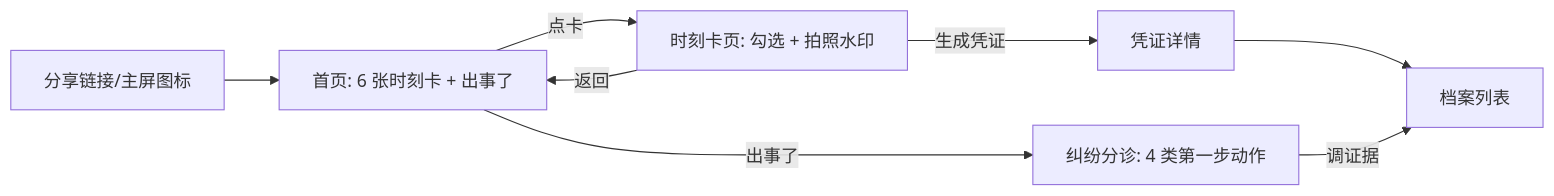
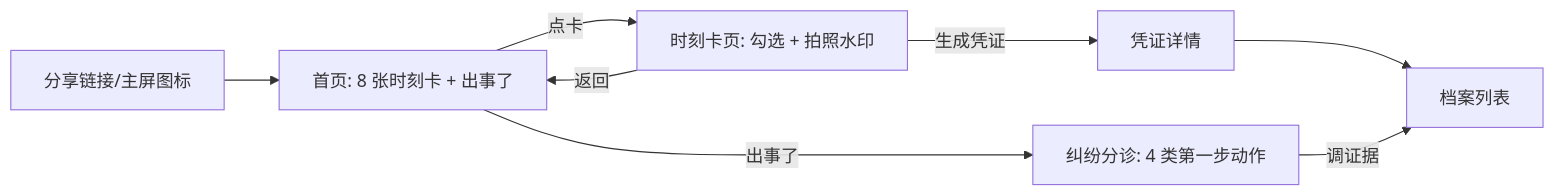
The first of 2 diagrams in docs/Memo_PRD_V0.1.md (55aaseclab/memo), drawn with Mermaid before and after one commit. The commit also changed other lines of this file and 2 other files, not shown here.

````diff
--- a/docs/Memo_PRD_V0.1.md
+++ b/docs/Memo_PRD_V0.1.md
@@ -65,10 +66,10 @@
 ```mermaid
 flowchart LR
-    A[分享链接/主屏图标] --> B[首页: 6 张时刻卡 + 出事了]
+    A[分享链接/主屏图标] --> B[首页: 8 张时刻卡 + 出事了]
     B -->|点卡| C[时刻卡页: 勾选 + 拍照水印]
     C -->|生成凭证| D[凭证详情]
     C -->|返回| B
     D --> E[档案列表]
     B -->|出事了| F[纠纷分诊: 4 类第一步动作]
     F -->|调证据| E
 ```
````
